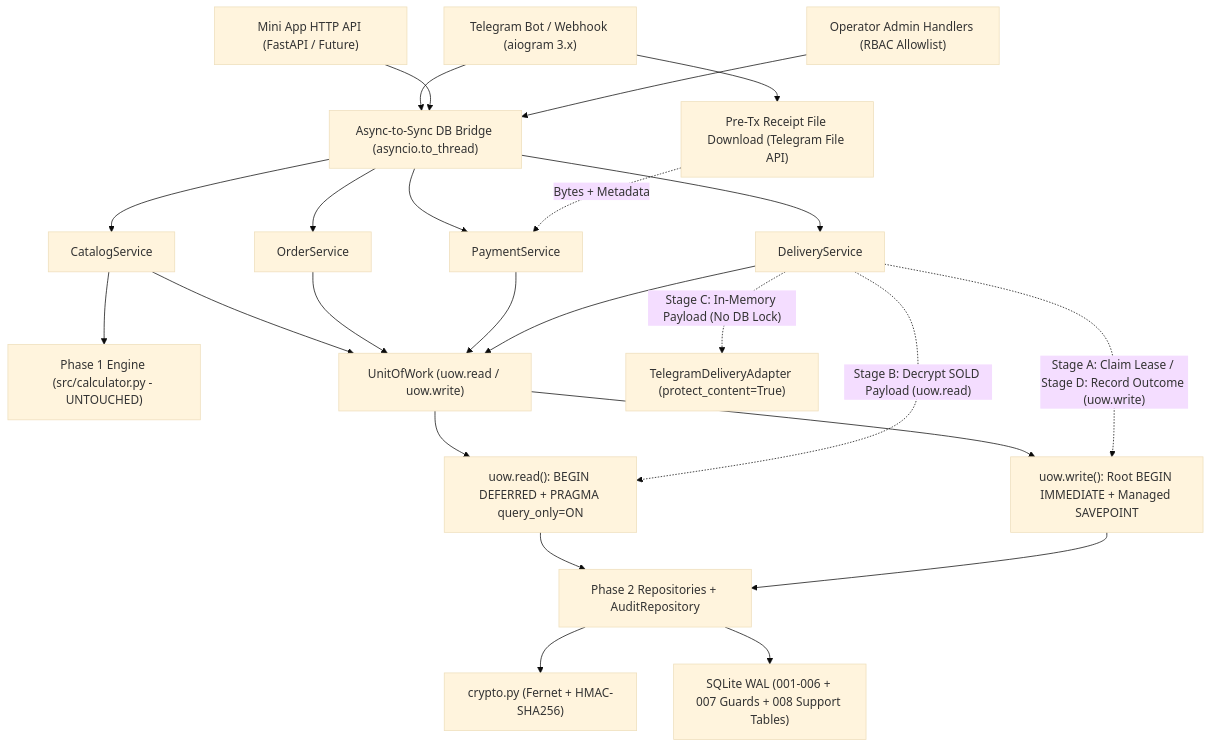
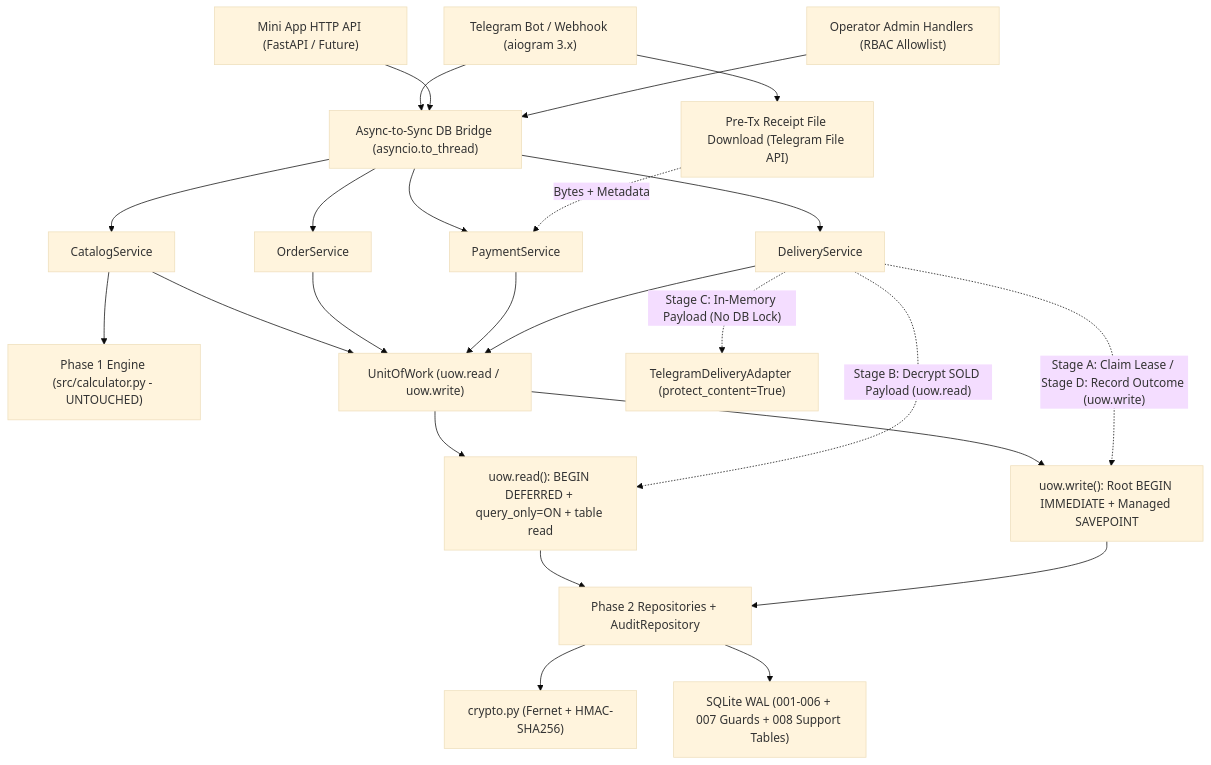
Before and after one commit to HipTwinse/ps-service: the first of 6 diagrams in PHASE3_ARCHITECTURE_DESIGN.md, drawn with Mermaid (base theme). The commit also changed other lines of this file, not shown here.

Commit message:
docs(phase3): revision 2 — fix WAL snapshot pinning via real table read instead of SELECT 1

````diff
--- a/PHASE3_ARCHITECTURE_DESIGN.md
+++ b/PHASE3_ARCHITECTURE_DESIGN.md
@@ -75,31 +75,31 @@
 ```mermaid
 flowchart TD
     TG["Telegram Bot / Webhook (aiogram 3.x)"] --> BRIDGE["Async-to-Sync DB Bridge (asyncio.to_thread)"]
     MINI["Mini App HTTP API (FastAPI / Future)"] --> BRIDGE
     OP["Operator Admin Handlers (RBAC Allowlist)"] --> BRIDGE
 
     TG --> DL_FILE["Pre-Tx Receipt File Download (Telegram File API)"]
     BRIDGE --> SVC_CAT["CatalogService"]
     BRIDGE --> SVC_ORD["OrderService"]
     BRIDGE --> SVC_PAY["PaymentService"]
     BRIDGE --> SVC_DLV["DeliveryService"]
 
     SVC_CAT --> P1["Phase 1 Engine (src/calculator.py - UNTOUCHED)"]
     SVC_CAT --> UOW["UnitOfWork (uow.read / uow.write)"]
     SVC_ORD --> UOW
     SVC_PAY --> UOW
     SVC_DLV --> UOW
 
-    UOW --> READ["uow.read(): BEGIN DEFERRED + PRAGMA query_only=ON"]
+    UOW --> READ["uow.read(): BEGIN DEFERRED + query_only=ON + table read"]
     UOW --> WRITE["uow.write(): Root BEGIN IMMEDIATE + Managed SAVEPOINT"]
 
     READ --> REPOS["Phase 2 Repositories + AuditRepository"]
     WRITE --> REPOS
     REPOS --> CRYPTO["crypto.py (Fernet + HMAC-SHA256)"]
     REPOS --> DB["SQLite WAL (001-006 + 007 Guards + 008 Support Tables)"]
 
     SVC_DLV -. "Stage A: Claim Lease / Stage D: Record Outcome (uow.write)" .-> WRITE
     SVC_DLV -. "Stage B: Decrypt SOLD Payload (uow.read)" .-> READ
     SVC_DLV -. "Stage C: In-Memory Payload (No DB Lock)" .-> DLV_ADAPTER["TelegramDeliveryAdapter (protect_content=True)"]
     DL_FILE -. "Bytes + Metadata" .-> SVC_PAY
 ```
````
